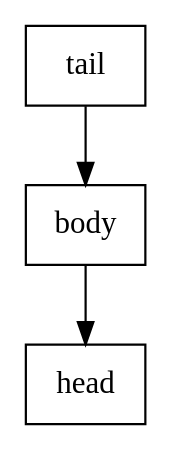
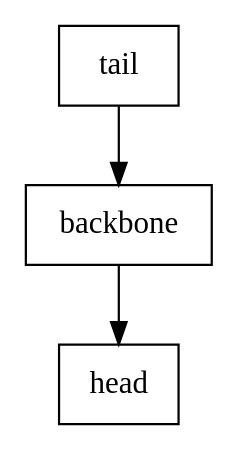
One commit to mike-holcomb/GGGFC changed the diagram in gggfc/grammar_files/root_a.dot. Above: the diagram before and after it, drawn with Graphviz. The commit also changed 12 other files, not shown here.

```diff
--- a/gggfc/grammar_files/root_a.dot
+++ b/gggfc/grammar_files/root_a.dot
@@ -1,7 +1,7 @@
 digraph root_a {
     tail [op_type=tail, shape = box, input = yes]
-    body [op_type=body,  shape = box ]
+    backbone [op_type=backbone,  shape = box ]
     head [op_type=head,  shape = box, output = yes]
 
-    tail -> body -> head
+    tail -> backbone -> head
 }
```
